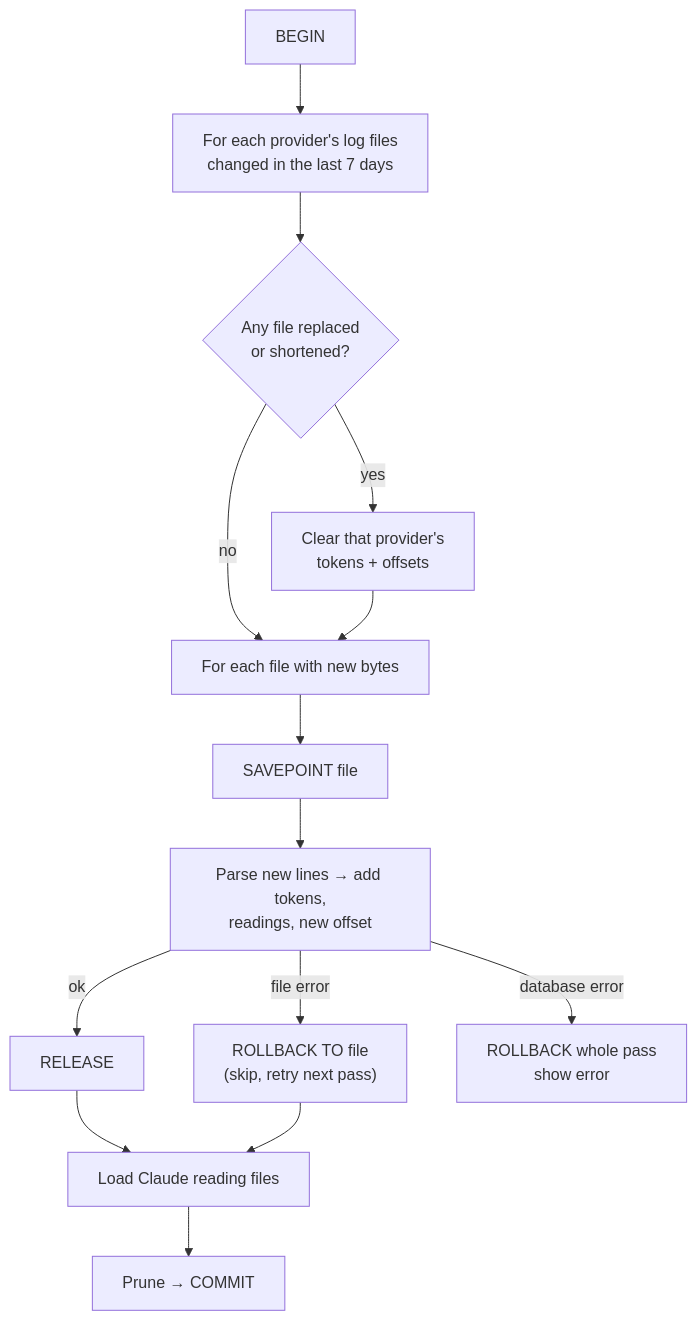
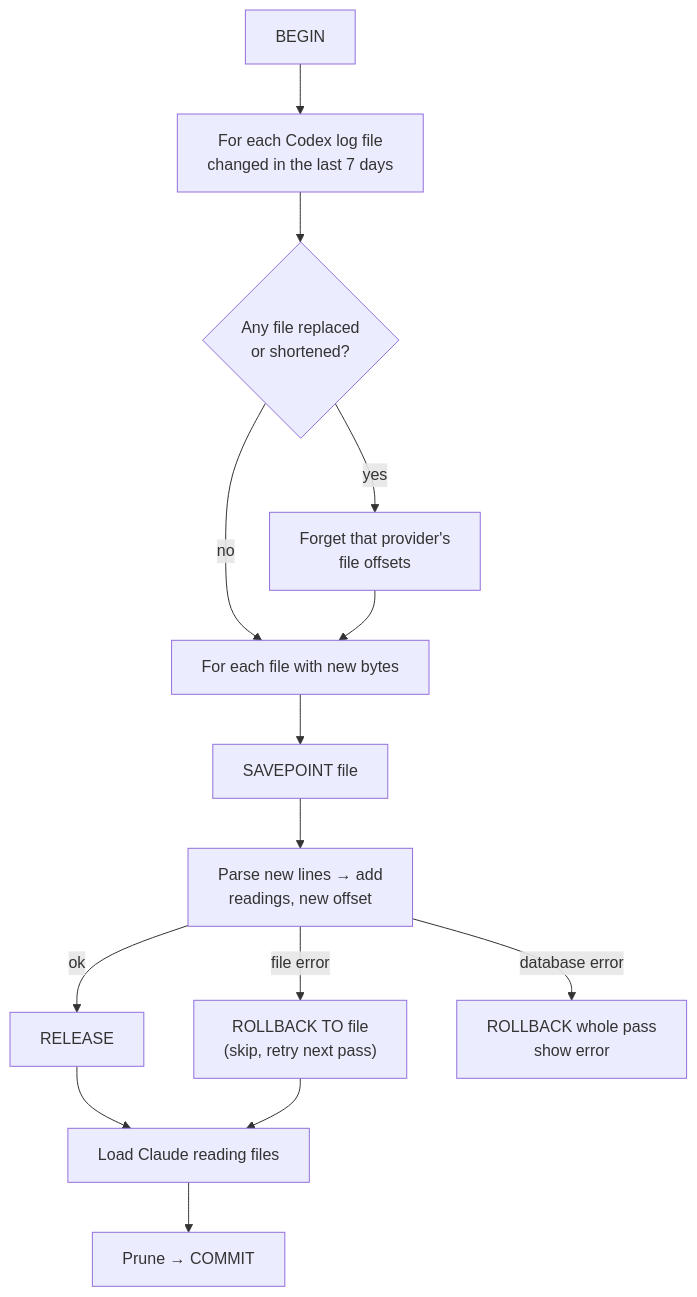
One commit to PrajwalSR/ai_usage_meter changed the sixth of 6 diagrams in docs/ARCHITECTURE.md. Above: the diagram before and after it, drawn with Mermaid. The commit also changed other lines of this file and 14 other files, not shown here.

````diff
--- a/docs/ARCHITECTURE.md
+++ b/docs/ARCHITECTURE.md
@@ -244,16 +241,16 @@
 ```mermaid
 flowchart TB
-    B["BEGIN"] --> F["For each provider's log files<br/>changed in the last 7 days"]
+    B["BEGIN"] --> F["For each Codex log file<br/>changed in the last 7 days"]
     F --> RP{"Any file replaced<br/>or shortened?"}
-    RP -->|yes| RS["Clear that provider's<br/>tokens + offsets"]
+    RP -->|yes| RS["Forget that provider's<br/>file offsets"]
     RP -->|no| EF
     RS --> EF["For each file with new bytes"]
     EF --> SP["SAVEPOINT file"]
-    SP --> PR["Parse new lines → add tokens,<br/>readings, new offset"]
+    SP --> PR["Parse new lines → add<br/>readings, new offset"]
     PR -->|ok| RL["RELEASE"]
     PR -->|"file error"| RB["ROLLBACK TO file<br/>(skip, retry next pass)"]
     PR -->|"database error"| RA["ROLLBACK whole pass<br/>show error"]
     RL --> CL["Load Claude reading files"]
     RB --> CL
     CL --> C["Prune → COMMIT"]
 ```
````
